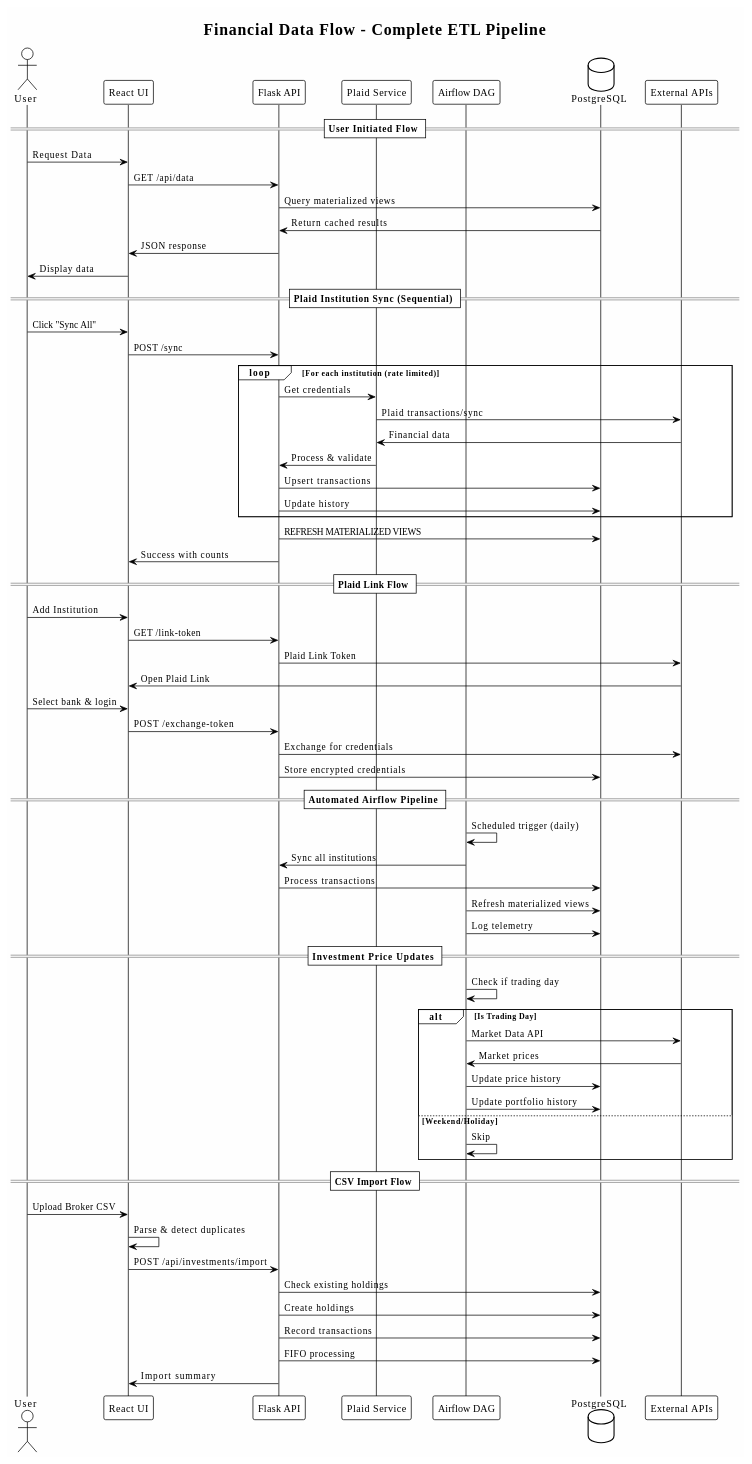
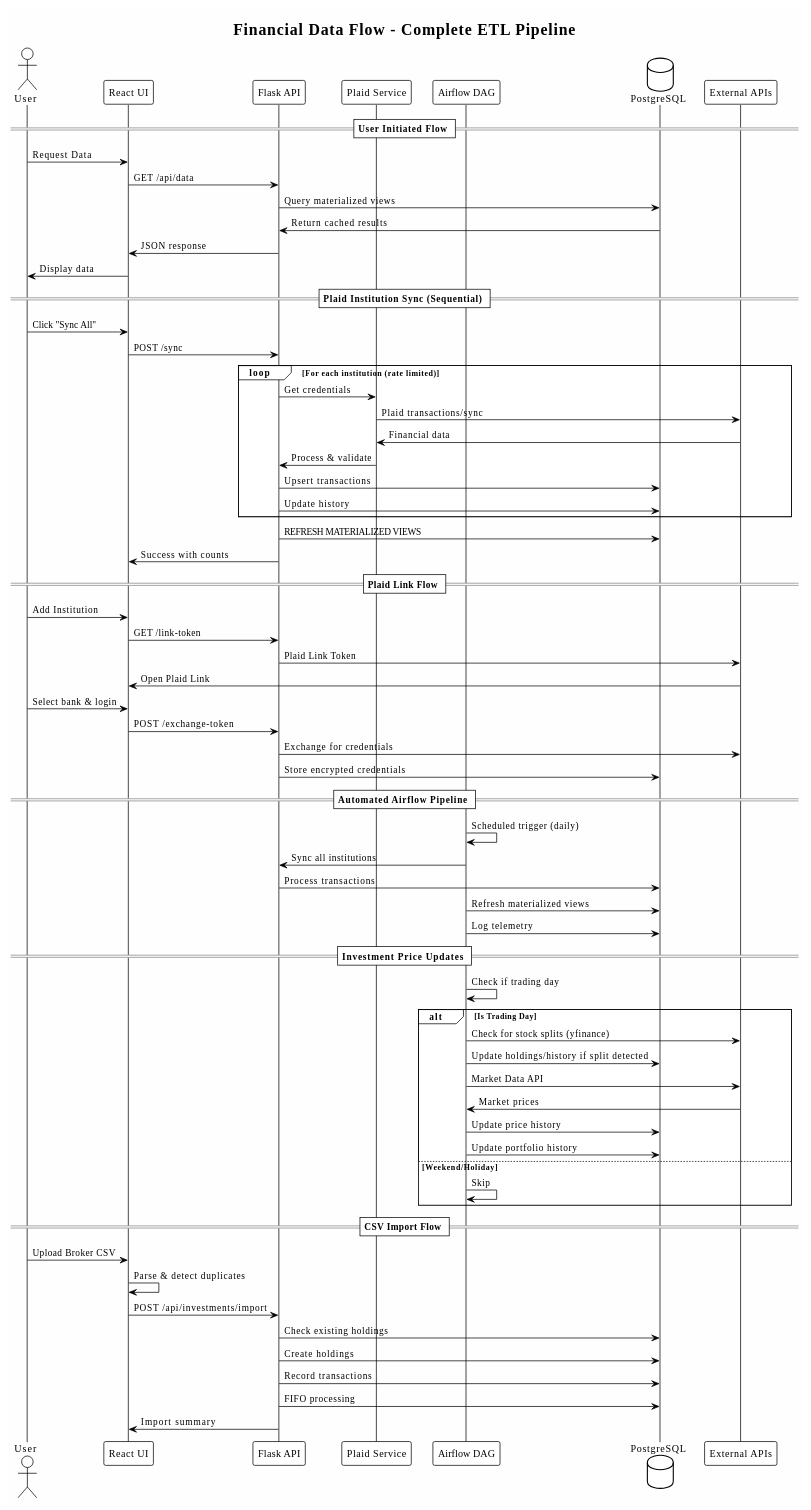
One commit to m-dur/docs changed the second of 2 diagrams in README.md. Above: the diagram before and after it, drawn with PlantUML. The commit also changed other lines of this file, not shown here.

First line of the commit message:
Update README with stock splits tracking and transfer in-transit features

````diff
--- a/README.md
+++ b/README.md
@@ -129,77 +129,79 @@
 ```plantuml
 @startuml
 !theme plain
 skinparam backgroundColor #FEFEFE
 
 title Financial Data Flow - Complete ETL Pipeline
 
 actor User as U
 participant "React UI" as UI
 participant "Flask API" as API
 participant "Plaid Service" as PS
 participant "Airflow DAG" as DAG
 database "PostgreSQL" as DB
 participant "External APIs" as EXT
 
 == User Initiated Flow ==
 U -> UI : Request Data
 UI -> API : GET /api/data
 API -> DB : Query materialized views
 DB -> API : Return cached results
 API -> UI : JSON response
 UI -> U : Display data
 
 == Plaid Institution Sync (Sequential) ==
 U -> UI : Click "Sync All"
 UI -> API : POST /sync
 loop For each institution (rate limited)
   API -> PS : Get credentials
   PS -> EXT : Plaid transactions/sync
   EXT -> PS : Financial data
   PS -> API : Process & validate
   API -> DB : Upsert transactions
   API -> DB : Update history
 end
 API -> DB : REFRESH MATERIALIZED VIEWS
 API -> UI : Success with counts
 
 == Plaid Link Flow ==
 U -> UI : Add Institution
 UI -> API : GET /link-token
 API -> EXT : Plaid Link Token
 EXT -> UI : Open Plaid Link
 U -> UI : Select bank & login
 UI -> API : POST /exchange-token
 API -> EXT : Exchange for credentials
 API -> DB : Store encrypted credentials
 
 == Automated Airflow Pipeline ==
 DAG -> DAG : Scheduled trigger (daily)
 DAG -> API : Sync all institutions
 API -> DB : Process transactions
 DAG -> DB : Refresh materialized views
 DAG -> DB : Log telemetry
 
 == Investment Price Updates ==
 DAG -> DAG : Check if trading day
 alt Is Trading Day
+  DAG -> EXT : Check for stock splits (yfinance)
+  DAG -> DB : Update holdings/history if split detected
   DAG -> EXT : Market Data API
   EXT -> DAG : Market prices
   DAG -> DB : Update price history
   DAG -> DB : Update portfolio history
 else Weekend/Holiday
   DAG -> DAG : Skip
 end
 
 == CSV Import Flow ==
 U -> UI : Upload Broker CSV
 UI -> UI : Parse & detect duplicates
 UI -> API : POST /api/investments/import
 API -> DB : Check existing holdings
 API -> DB : Create holdings
 API -> DB : Record transactions
 API -> DB : FIFO processing
 API -> UI : Import summary
 
 @enduml
 ```
````
